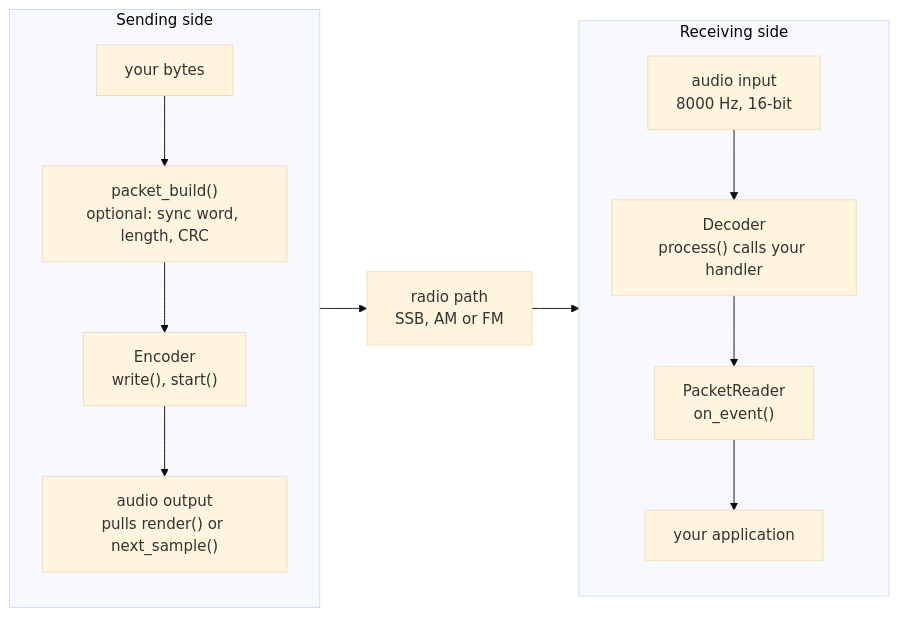
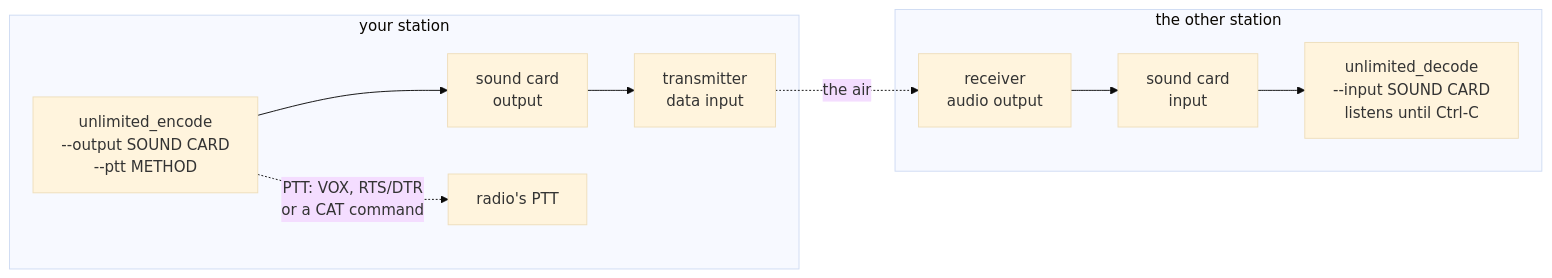
One commit to solariun/unlimited changed the second of 4 diagrams in README.md. Above: the diagram before and after it, drawn with Mermaid (base theme). The commit also changed other lines of this file and 76 other files, not shown here.

````diff
--- a/README.md
+++ b/README.md
@@ -1434,18 +397,12 @@
 ```mermaid
 flowchart LR
-    subgraph TX["Sending side"]
-        direction TB
-        A1["your bytes"] --> P1["packet_build()<br/>optional: sync word, length, CRC"]
-        P1 --> E1["Encoder<br/>write(), start()"]
-        E1 --> O1["audio output<br/>pulls render() or next_sample()"]
+    subgraph home["your station"]
+        enc["unlimited_encode<br/>--output SOUND CARD<br/>--ptt METHOD"] --> card_out["sound card<br/>output"]
+        enc -. "PTT: VOX, RTS/DTR<br/>or a CAT command" .-> tx_ptt["radio's PTT"]
+        card_out --> tx["transmitter<br/>data input"]
     end
-    R1["radio path<br/>SSB, AM or FM"]
-    subgraph RX["Receiving side"]
-        direction TB
-        I2["audio input<br/>8000 Hz, 16-bit"] --> D2["Decoder<br/>process() calls your handler"]
-        D2 --> P2["PacketReader<br/>on_event()"]
-        P2 --> A2["your application"]
+    tx -. "the air" .-> rx["receiver<br/>audio output"]
+    subgraph far["the other station"]
+        rx --> card_in["sound card<br/>input"] --> dec["unlimited_decode<br/>--input SOUND CARD<br/>listens until Ctrl-C"]
     end
-    O1 --> R1
-    R1 --> I2
 ```
````
